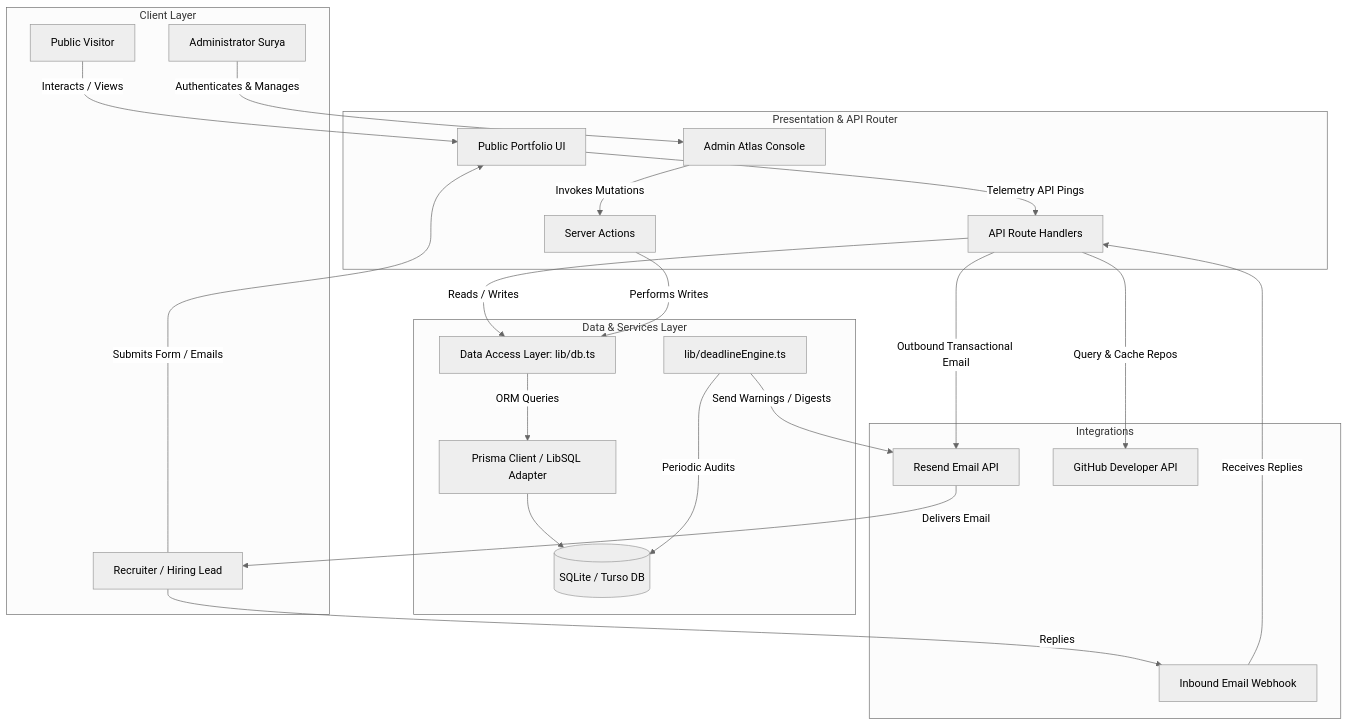
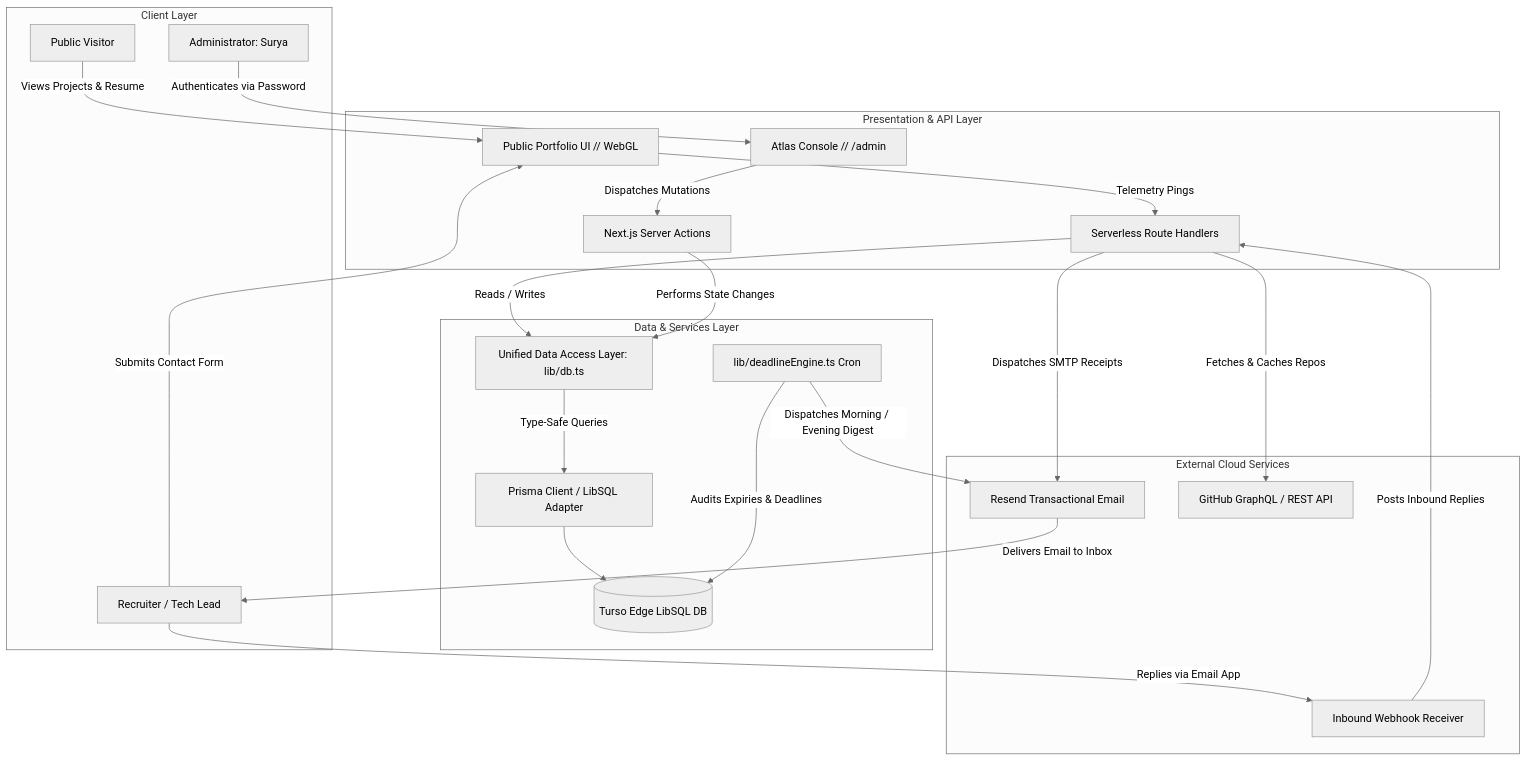
One commit to sgk18/SGK18_Portfolio changed the first of 4 diagrams in README.md. Above: the diagram before and after it, drawn with Mermaid (neutral theme). The commit also changed other lines of this file and 2 other files, not shown here.

Commit message:
docs: redesign README with beautify skill, project-native SVG hero, and module diagrams

````diff
--- a/README.md
+++ b/README.md
@@ -33,50 +50,49 @@
 ```mermaid
 flowchart TD
     subgraph Client Layer
         Visitor[Public Visitor]
-        Recruiter[Recruiter / Hiring Lead]
-        Admin[Administrator Surya]
+        Recruiter[Recruiter / Tech Lead]
+        Admin[Administrator: Surya]
     end
 
-    subgraph Presentation & API Router
-        PortClient[Public Portfolio UI]
-        AdminPanel[Admin Atlas Console]
-        APIRoute[API Route Handlers]
-        SrvAction[Server Actions]
+    subgraph Presentation & API Layer
+        PublicUI[Public Portfolio UI // WebGL]
+        AdminUI[Atlas Console // /admin]
+        APIRoute[Serverless Route Handlers]
+        SrvAction[Next.js Server Actions]
     end
 
     subgraph Data & Services Layer
-        DBService[Data Access Layer: lib/db.ts]
+        DAL[Unified Data Access Layer: lib/db.ts]
         Prisma[Prisma Client / LibSQL Adapter]
-        SQLite[(SQLite / Turso DB)]
-        Deadline[lib/deadlineEngine.ts]
+        Turso[(Turso Edge LibSQL DB)]
+        Daemon[lib/deadlineEngine.ts Cron]
     end
 
-    subgraph Integrations
-        Resend[Resend Email API]
-        InboundWebhook[Inbound Email Webhook]
-        GitHubAPI[GitHub Developer API]
+    subgraph External Cloud Services
+        ResendAPI[Resend Transactional Email]
+        InboundHook[Inbound Webhook Receiver]
+        GitHubAPI[GitHub GraphQL / REST API]
     end
 
-    Visitor -->|Interacts / Views| PortClient
-    Recruiter -->|Submits Form / Emails| PortClient
-    Admin -->|Authenticates & Manages| AdminPanel
-    
-    PortClient -->|Telemetry API Pings| APIRoute
-    AdminPanel -->|Invokes Mutations| SrvAction
-    InboundWebhook -->|Receives Replies| APIRoute
+    Visitor -->|Views Projects & Resume| PublicUI
+    Recruiter -->|Submits Contact Form| PublicUI
+    Admin -->|Authenticates via Password| AdminUI
 
-    APIRoute -->|Reads / Writes| DBService
-    SrvAction -->|Performs Writes| DBService
-    DBService -->|ORM Queries| Prisma
-    Prisma --> SQLite
-    
-    APIRoute -->|Outbound Transactional Email| Resend
-    Resend -->|Delivers Email| Recruiter
-    Recruiter -->|Replies| InboundWebhook
+    PublicUI -->|Telemetry Pings| APIRoute
+    AdminUI -->|Dispatches Mutations| SrvAction
+    InboundHook -->|Posts Inbound Replies| APIRoute
 
-    Deadline -->|Periodic Audits| SQLite
-    Deadline -->|Send Warnings / Digests| Resend
-    
-    APIRoute -->|Query & Cache Repos| GitHubAPI
+    APIRoute -->|Reads / Writes| DAL
+    SrvAction -->|Performs State Changes| DAL
+    DAL -->|Type-Safe Queries| Prisma
+    Prisma --> Turso
+
+    APIRoute -->|Dispatches SMTP Receipts| ResendAPI
+    ResendAPI -->|Delivers Email to Inbox| Recruiter
+    Recruiter -->|Replies via Email App| InboundHook
+
+    Daemon -->|Audits Expiries & Deadlines| Turso
+    Daemon -->|Dispatches Morning / Evening Digest| ResendAPI
+    APIRoute -->|Fetches & Caches Repos| GitHubAPI
 ```
````
